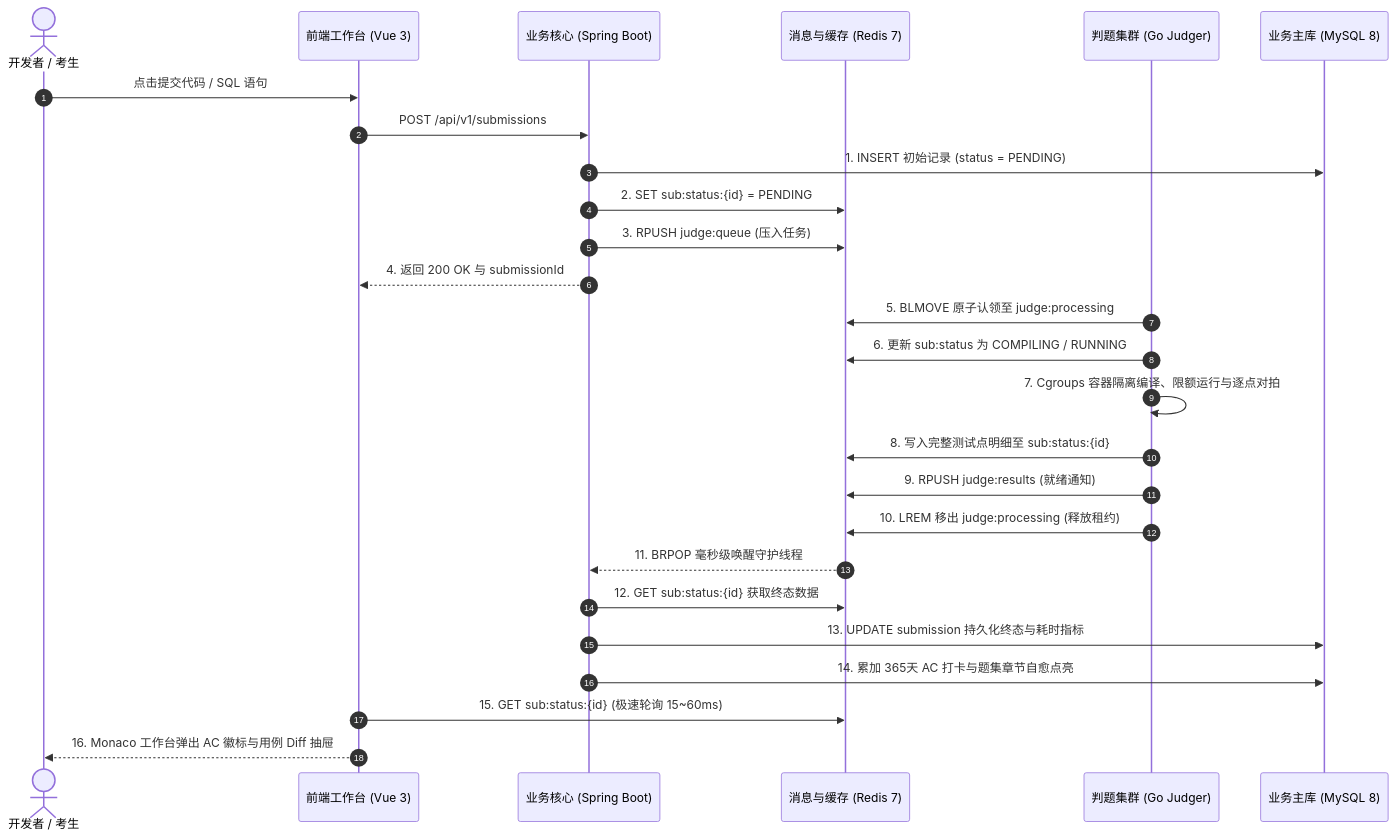
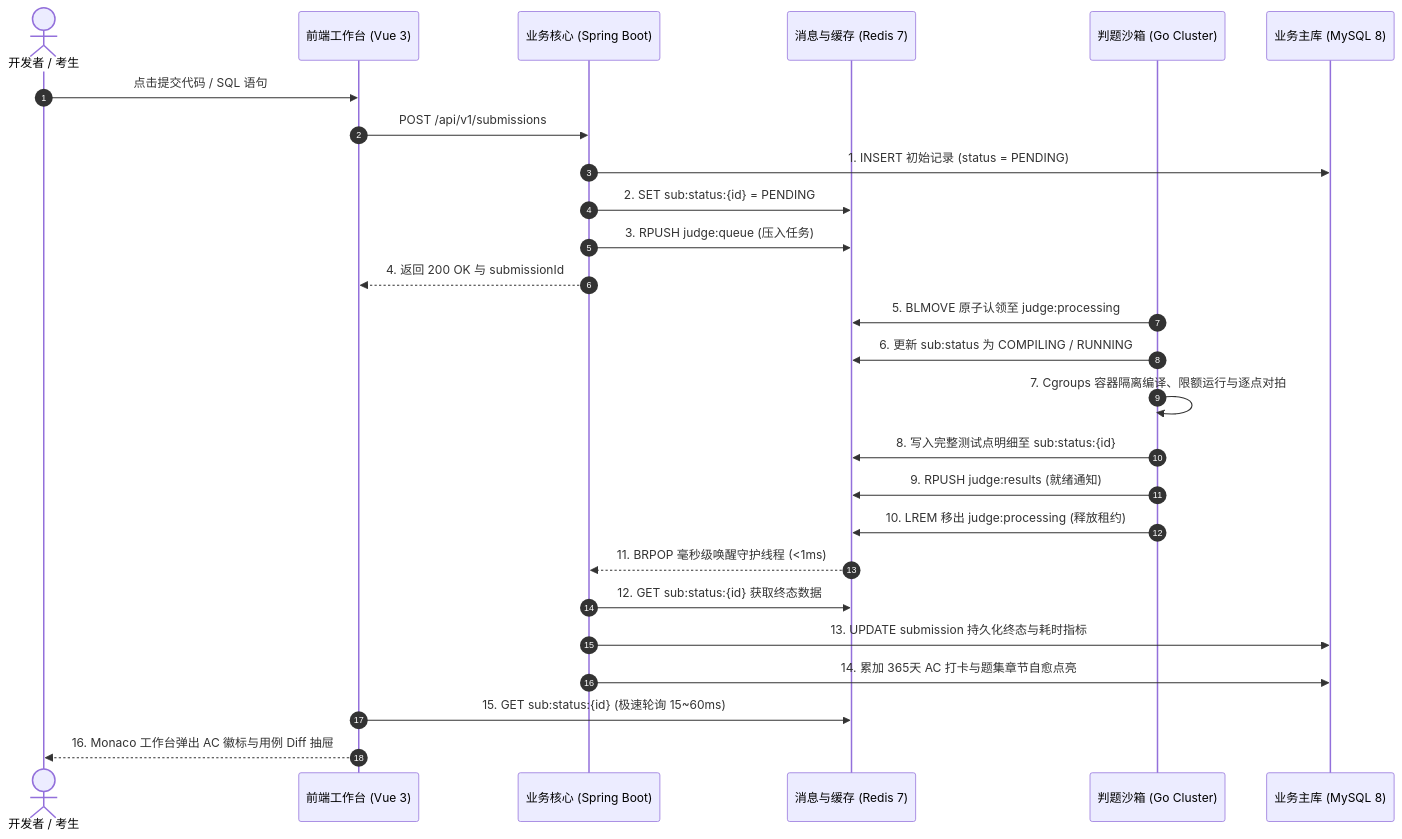
The second of 3 diagrams in README.md (zheco68-collab/kece), drawn with Mermaid before and after one commit. The commit also changed other lines of this file, not shown here.

````diff
--- a/README.md
+++ b/README.md
@@ -119,32 +158,32 @@
 ```mermaid
 sequenceDiagram
     autonumber
     actor Dev as 开发者 / 考生
     participant Web as 前端工作台 (Vue 3)
     participant App as 业务核心 (Spring Boot)
     participant Redis as 消息与缓存 (Redis 7)
-    participant Judger as 判题集群 (Go Judger)
+    participant Judger as 判题沙箱 (Go Cluster)
     participant DB as 业务主库 (MySQL 8)
 
     Dev->>Web: 点击提交代码 / SQL 语句
     Web->>App: POST /api/v1/submissions
     App->>DB: 1. INSERT 初始记录 (status = PENDING)
     App->>Redis: 2. SET sub:status:{id} = PENDING
     App->>Redis: 3. RPUSH judge:queue (压入任务)
     App-->>Web: 4. 返回 200 OK 与 submissionId
     
     Judger->>Redis: 5. BLMOVE 原子认领至 judge:processing
     Judger->>Redis: 6. 更新 sub:status 为 COMPILING / RUNNING
     Judger->>Judger: 7. Cgroups 容器隔离编译、限额运行与逐点对拍
     Judger->>Redis: 8. 写入完整测试点明细至 sub:status:{id}
     Judger->>Redis: 9. RPUSH judge:results (就绪通知)
     Judger->>Redis: 10. LREM 移出 judge:processing (释放租约)
 
-    Redis-->>App: 11. BRPOP 毫秒级唤醒守护线程
+    Redis-->>App: 11. BRPOP 毫秒级唤醒守护线程 (<1ms)
     App->>Redis: 12. GET sub:status:{id} 获取终态数据
     App->>DB: 13. UPDATE submission 持久化终态与耗时指标
     App->>DB: 14. 累加 365天 AC 打卡与题集章节自愈点亮
 
     Web->>Redis: 15. GET sub:status:{id} (极速轮询 15~60ms)
     Web-->>Dev: 16. Monaco 工作台弹出 AC 徽标与用例 Diff 抽屉
 ```
````
